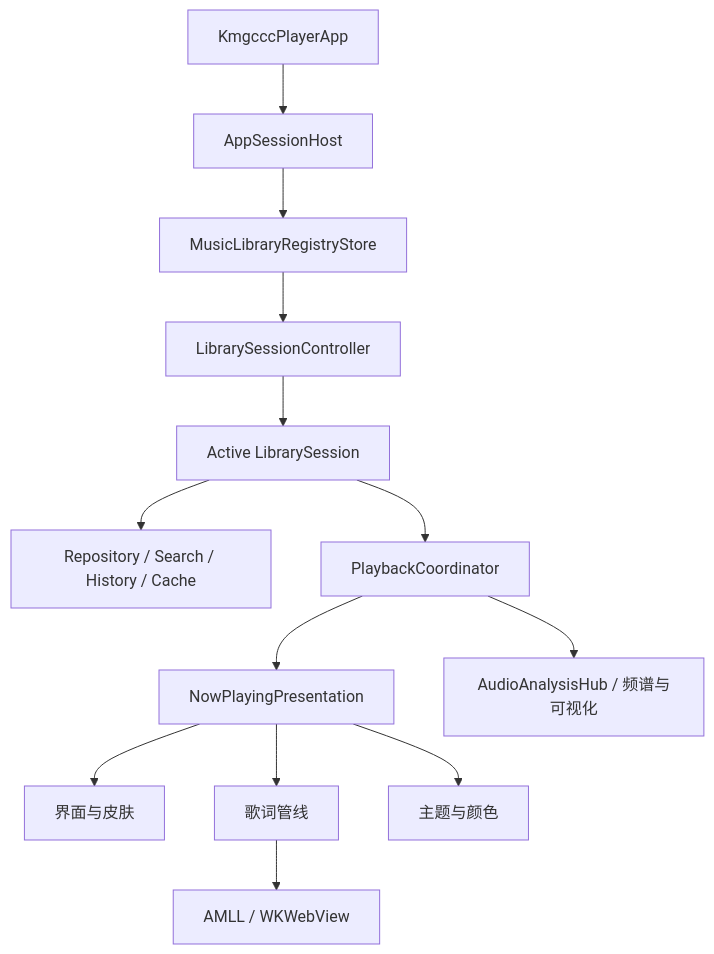
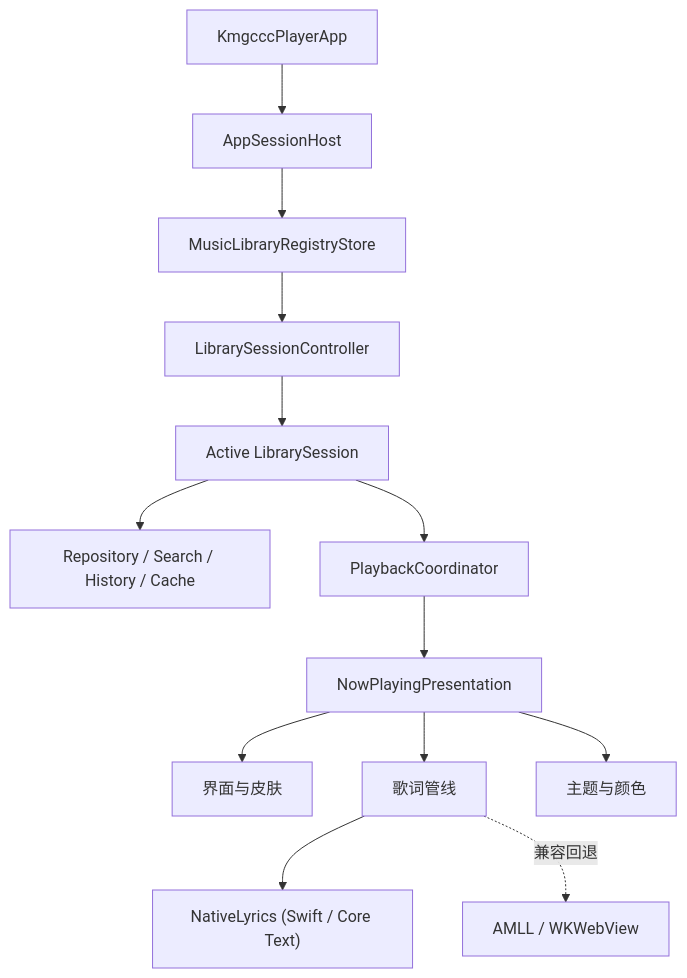
The diagram in docs/architecture.md (kmgcc/kmgccc_player), drawn with Mermaid before and after one commit. The commit also changed other lines of this file and 20 other files, not shown here.

First line of the commit message:
docs: reorganize public technical architecture documentation (#47)

````diff
--- a/docs/architecture.md
+++ b/docs/architecture.md
@@ -7,15 +7,15 @@
 ```mermaid
 flowchart TD
     App["KmgcccPlayerApp"] --> Host["AppSessionHost"]
     Host --> Registry["MusicLibraryRegistryStore"]
     Registry --> Controller["LibrarySessionController"]
     Controller --> Session["Active LibrarySession"]
     Session --> Library["Repository / Search / History / Cache"]
     Session --> Playback["PlaybackCoordinator"]
     Playback --> Presentation["NowPlayingPresentation"]
     Presentation --> UI["界面与皮肤"]
     Presentation --> Lyrics["歌词管线"]
     Presentation --> Theme["主题与颜色"]
-    Playback --> Audio["AudioAnalysisHub / 频谱与可视化"]
-    Lyrics --> AMLL["AMLL / WKWebView"]
+    Lyrics --> NativeLyrics["NativeLyrics (Swift / Core Text)"]
+    Lyrics -. 兼容回退 .-> AMLL["AMLL / WKWebView"]
 ```
````
